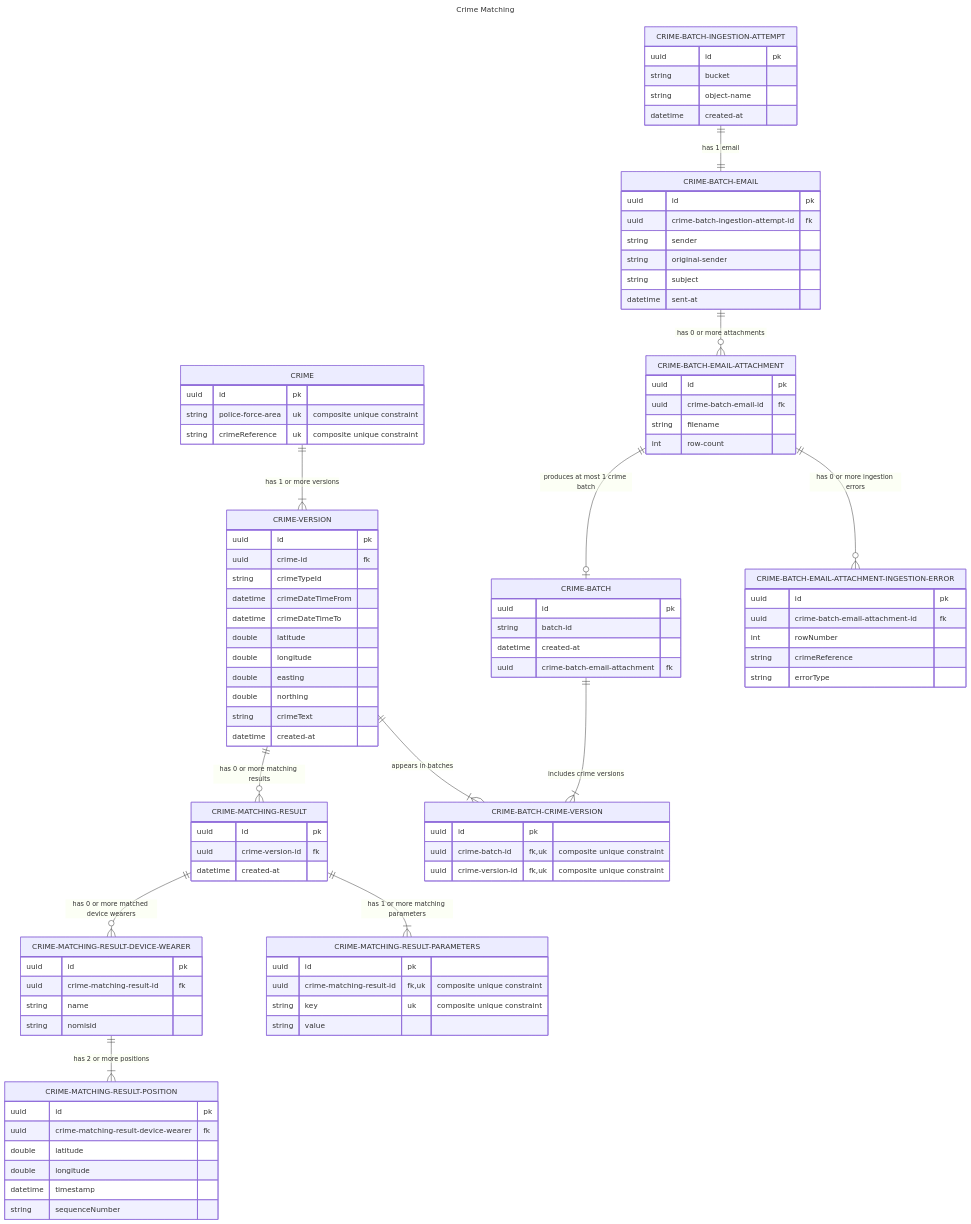
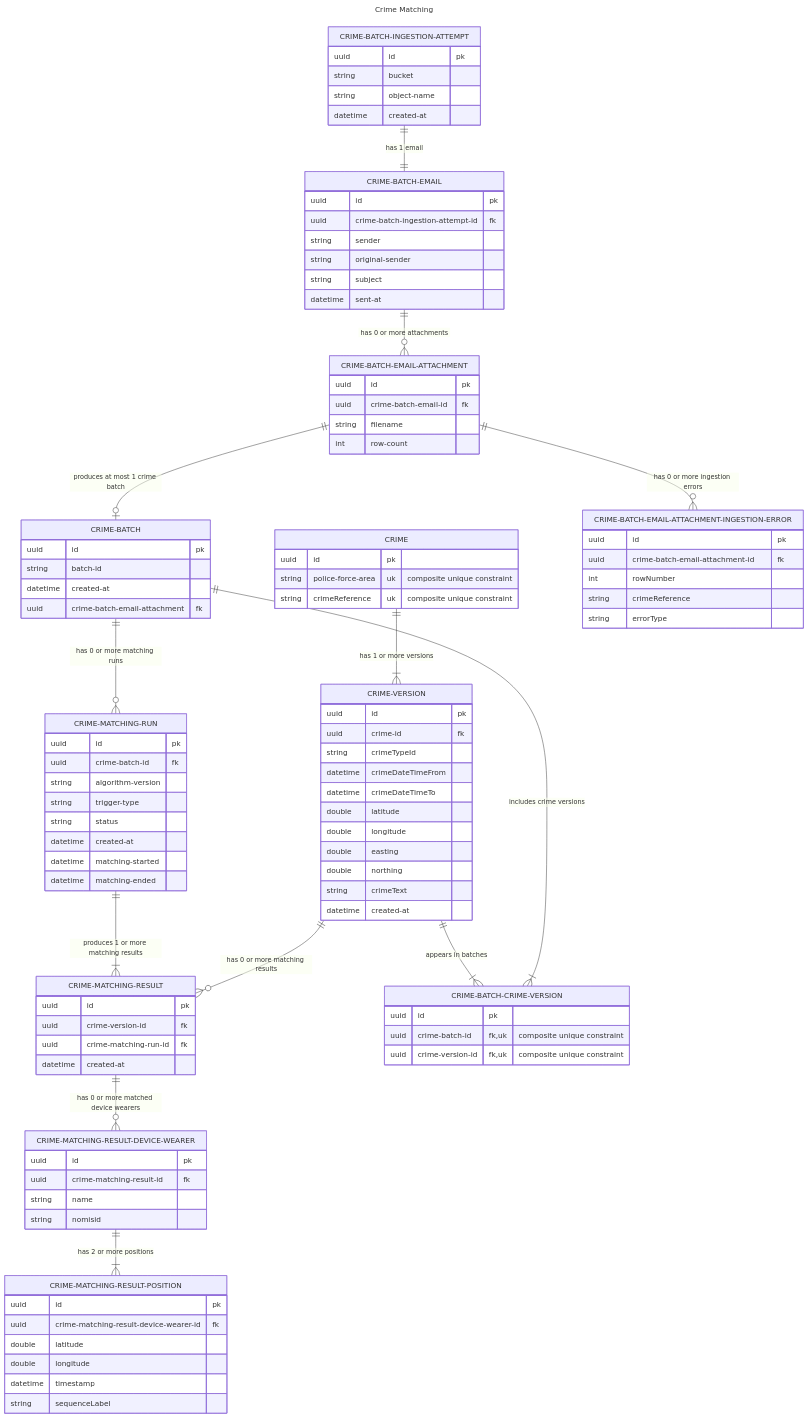
The diagram in docs/model.mmd (ministryofjustice/hmpps-electronic-monitoring-crime-matching-api), drawn with Mermaid before and after one commit.

Commit message:
Added CRIME-MATCHING-RUN to data model diagram

```diff
--- a/docs/model.mmd
+++ b/docs/model.mmd
@@ -1,113 +1,119 @@
 ---
 title: Crime Matching
 ---
-erDiagram 
+erDiagram
     %% Domain
     CRIME 1 to 1+ CRIME-VERSION : "has 1 or more versions"
     CRIME-VERSION 1 to 0+ CRIME-MATCHING-RESULT : "has 0 or more matching results"
     CRIME-BATCH 1 to 1+ CRIME-BATCH-CRIME-VERSION : "includes crime versions"
     CRIME-VERSION 1 to 1+ CRIME-BATCH-CRIME-VERSION : "appears in batches"
 
     %% Ingestion
     CRIME-BATCH-EMAIL-ATTACHMENT 1 to zero or one CRIME-BATCH : "produces at most 1 crime batch"
     CRIME-BATCH-INGESTION-ATTEMPT 1 to 1 CRIME-BATCH-EMAIL : "has 1 email"
     CRIME-BATCH-EMAIL 1 to 0+ CRIME-BATCH-EMAIL-ATTACHMENT : "has 0 or more attachments"
     CRIME-BATCH-EMAIL-ATTACHMENT 1 to zero or more CRIME-BATCH-EMAIL-ATTACHMENT-INGESTION-ERROR : "has 0 or more ingestion errors"
 
     %% Matching
+    CRIME-BATCH 1 to 0+ CRIME-MATCHING-RUN : "has 0 or more matching runs"
+    CRIME-MATCHING-RUN 1 to 1+ CRIME-MATCHING-RESULT : "produces 1 or more matching results"
     CRIME-MATCHING-RESULT 1 to 0+ CRIME-MATCHING-RESULT-DEVICE-WEARER : "has 0 or more matched device wearers"
-    CRIME-MATCHING-RESULT 1 to 1+ CRIME-MATCHING-RESULT-PARAMETERS : "has 1 or more matching parameters"
     CRIME-MATCHING-RESULT-DEVICE-WEARER 1 to 1+ CRIME-MATCHING-RESULT-POSITION : "has 2 or more positions"
 
     CRIME-BATCH {
         uuid id pk
         string batch-id
         datetime created-at
         uuid crime-batch-email-attachment fk
     }
 
     CRIME-BATCH-CRIME-VERSION {
         uuid id pk
         uuid crime-batch-id fk, uk "composite unique constraint"
         uuid crime-version-id fk, uk "composite unique constraint"
     }
 
     CRIME-BATCH-INGESTION-ATTEMPT {
         uuid id pk
         string bucket
         string object-name
         datetime created-at
     }
 
     CRIME-BATCH-EMAIL {
         uuid id pk
         uuid crime-batch-ingestion-attempt-id fk
         string sender
         string original-sender
         string subject
         datetime sent-at
     }
 
     CRIME-BATCH-EMAIL-ATTACHMENT {
         uuid id pk
         uuid crime-batch-email-id fk
         string filename
         int row-count
     }
 
     CRIME-BATCH-EMAIL-ATTACHMENT-INGESTION-ERROR {
         uuid id pk
         uuid crime-batch-email-attachment-id fk
         int rowNumber
         string crimeReference
         string errorType
     }
 
     CRIME {
         uuid id pk
         string police-force-area uk "composite unique constraint"
         string crimeReference uk "composite unique constraint"
     }
 
     CRIME-VERSION {
         uuid id pk
         uuid crime-id fk
         string crimeTypeId
         datetime crimeDateTimeFrom
         datetime crimeDateTimeTo
         double latitude
         double longitude
         double easting
         double northing
         string crimeText
         datetime created-at
     }
 
+    CRIME-MATCHING-RUN {
+        uuid id pk
+        uuid crime-batch-id fk
+        string algorithm-version
+        string trigger-type
+        string status
+        datetime created-at
+        datetime matching-started
+        datetime matching-ended
+    }
+
     CRIME-MATCHING-RESULT {
         uuid id pk
         uuid crime-version-id fk
+        uuid crime-matching-run-id fk
         datetime created-at
-    }
-
-    CRIME-MATCHING-RESULT-PARAMETERS {
-        uuid id pk
-        uuid crime-matching-result-id fk, uk "composite unique constraint"
-        string key uk "composite unique constraint"
-        string value
     }
 
     CRIME-MATCHING-RESULT-DEVICE-WEARER {
         uuid id pk
         uuid crime-matching-result-id fk
         string name
         string nomisid
     }
 
     CRIME-MATCHING-RESULT-POSITION {
         uuid id pk
-        uuid crime-matching-result-device-wearer fk
+        uuid crime-matching-result-device-wearer-id fk
         double latitude
         double longitude
         datetime timestamp
-        string sequenceNumber
+        string sequenceLabel
     }
```
